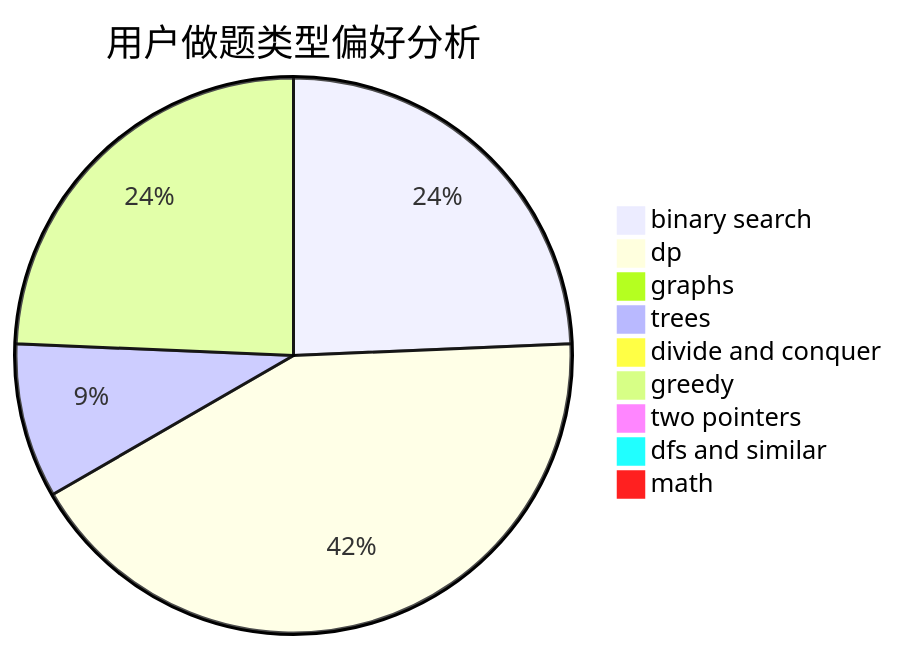
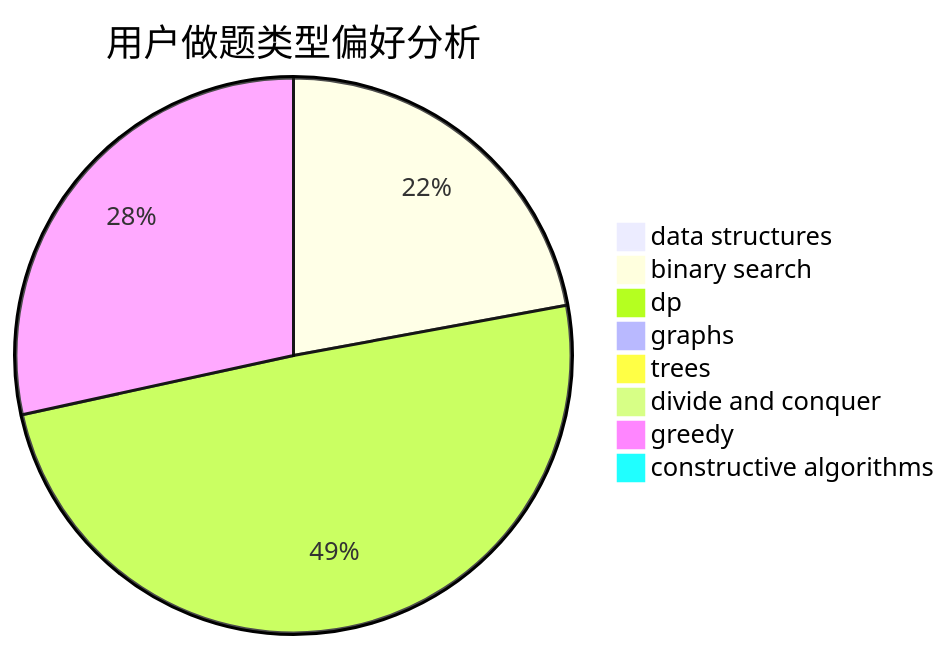
The second of 3 diagrams in docs/user/u216.md (sherpahu/cfrs.github.io), drawn with Mermaid before and after one commit. The commit also changed other lines of this file and 2775 other files, not shown here.

````diff
--- a/docs/user/u216.md
+++ b/docs/user/u216.md
@@ -23,12 +23,11 @@
 ```mermaid
 pie title 用户做题类型偏好分析
-    "binary search" :  27
+    "data structures" :  0
+    "binary search" :  21
     "dp" :  47
     "graphs" :  0
-    "trees" :  10
+    "trees" :  0
     "divide and conquer" :  0
     "greedy" :  27
-    "two pointers" :  0
-    "dfs and similar" :  0
-    "math" :  0
+    "constructive algorithms" :  0
 ```
````
